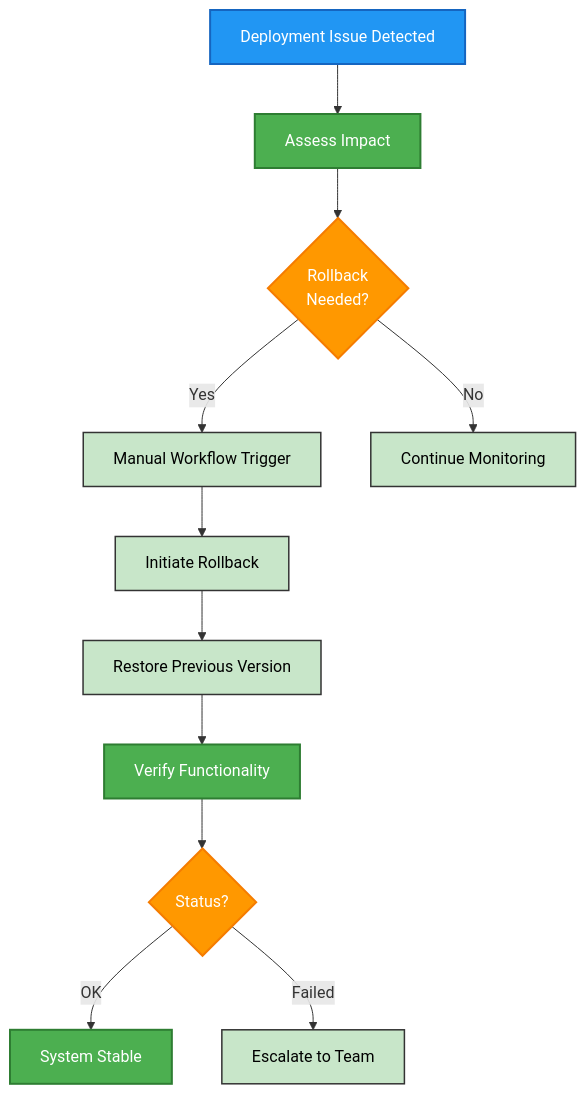
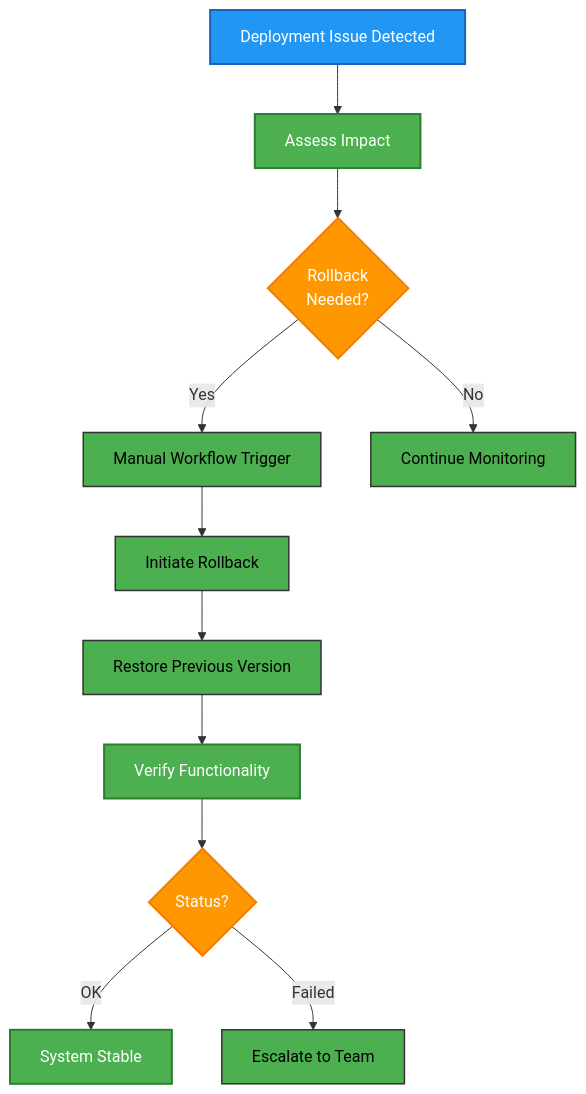
Diagram 12 of 13 in docs/architecture/WORKFLOWS.md (Hack23/cia-compliance-manager), drawn with Mermaid before and after one commit. The commit also changed other lines of this file and 18 other files, not shown here.

````diff
--- a/docs/architecture/WORKFLOWS.md
+++ b/docs/architecture/WORKFLOWS.md
@@ -1274,25 +1274,25 @@
 ```mermaid
 flowchart TD
     Issue[Deployment Issue Detected] --> Assess[Assess Impact]
     Assess --> Decision{Rollback<br>Needed?}
     Decision -->|Yes| Manual[Manual Workflow Trigger]
     Decision -->|No| Monitor[Continue Monitoring]
     Manual --> Rollback[Initiate Rollback]
     Rollback --> PrevVersion[Restore Previous Version]
     PrevVersion --> VerifyHealth[Verify Functionality]
     VerifyHealth --> Healthy{Status?}
     Healthy -->|OK| Stable[System Stable]
     Healthy -->|Failed| Escalate[Escalate to Team]
     
     classDef issueNode fill:#2196F3,stroke:#1565C0,stroke-width:2px,color:#ffffff
     classDef processNode fill:#4CAF50,stroke:#2E7D32,stroke-width:2px,color:#ffffff
     classDef decisionNode fill:#FF9800,stroke:#F57C00,stroke-width:2px,color:#ffffff
-    classDef actionNode fill:#c8e6c9,stroke:#333,stroke-width:1.5px,color:black
+    classDef actionNode fill:#4CAF50,stroke:#2E7D32,stroke-width:2px,color:#ffffff,stroke:#333,stroke-width:1.5px,color:black
     classDef successNode fill:#4CAF50,stroke:#2E7D32,stroke-width:2px,color:#ffffff
     
     class Issue issueNode
     class Assess,VerifyHealth processNode
     class Decision,Healthy decisionNode
     class Manual,Rollback,PrevVersion,Monitor,Escalate actionNode
     class Stable successNode
 ```
````
